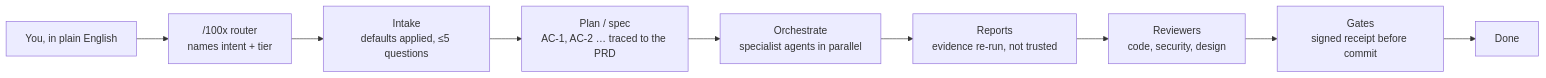
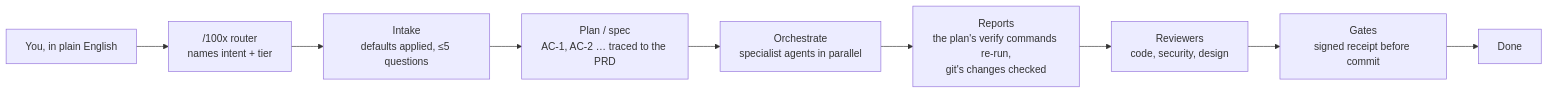
Before and after one commit to gauravprwl14/100x-engineer: the diagram in README.md, drawn with Mermaid. The commit also changed other lines of this file and 2 other files, not shown here.

````diff
--- a/README.md
+++ b/README.md
@@ -26,11 +26,11 @@
 ```mermaid
 flowchart LR
     U["You, in plain English"] --> R["/100x router<br/>names intent + tier"]
     R --> I["Intake<br/>defaults applied, ≤5 questions"]
     I --> P["Plan / spec<br/>AC-1, AC-2 … traced to the PRD"]
     P --> O["Orchestrate<br/>specialist agents in parallel"]
-    O --> RP["Reports<br/>evidence re-run, not trusted"]
+    O --> RP["Reports<br/>the plan's verify commands re-run,<br/>git's changes checked"]
     RP --> RV["Reviewers<br/>code, security, design"]
     RV --> G["Gates<br/>signed receipt before commit"]
     G --> D[Done]
 ```
````
